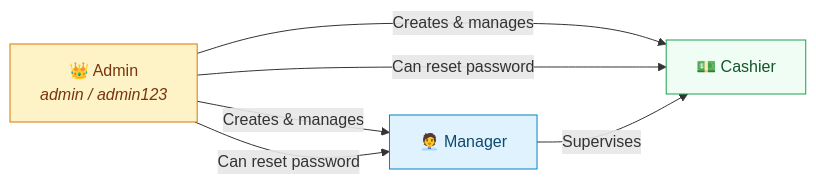
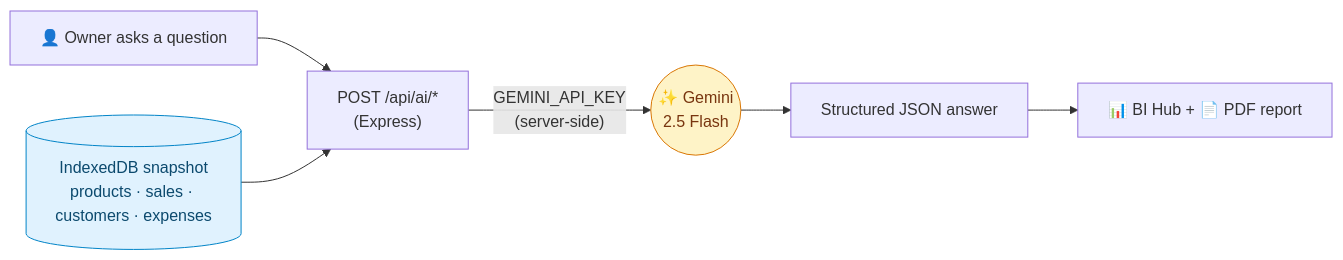
The first of 4 diagrams in README.md (dagaiakhtar-ship-it/FInal-project-1-Shop-management-system), drawn with Mermaid before and after one commit. The commit also changed other lines of this file, not shown here.

````diff
--- a/README.md
+++ b/README.md
@@ -168,17 +181,11 @@
 ```mermaid
 flowchart LR
-    Admin["👑 Admin<br/><i>admin / admin123</i>"]
-    Manager["🧑‍💼 Manager"]
-    Cashier["💵 Cashier"]
-    
-    Admin -->|"Creates & manages"| Manager
-    Admin -->|"Creates & manages"| Cashier
-    Admin -->|"Can reset password"| Manager
-    Admin -->|"Can reset password"| Cashier
-    
-    Manager -->|"Supervises"| Cashier
-    
-    style Admin fill:#FEF3C7,stroke:#D97706,color:#78350F
-    style Manager fill:#E0F2FE,stroke:#0284C7,color:#0C4A6E
-    style Cashier fill:#F0FDF4,stroke:#16A34A,color:#14532D
+    Q["👤 Owner asks a question"] --> API["POST /api/ai/*<br/>(Express)"]
+    DATA[("IndexedDB snapshot<br/>products · sales · customers · expenses")] --> API
+    API -->|"GEMINI_API_KEY<br/>(server-side)"| GEM(("✨ Gemini<br/>2.5 Flash"))
+    GEM --> JSON["Structured JSON answer"]
+    JSON --> UI["📊 BI Hub + 📄 PDF report"]
+
+    style GEM fill:#FEF3C7,stroke:#D97706,color:#78350F
+    style DATA fill:#E0F2FE,stroke:#0284C7,color:#0C4A6E
 ```
````
